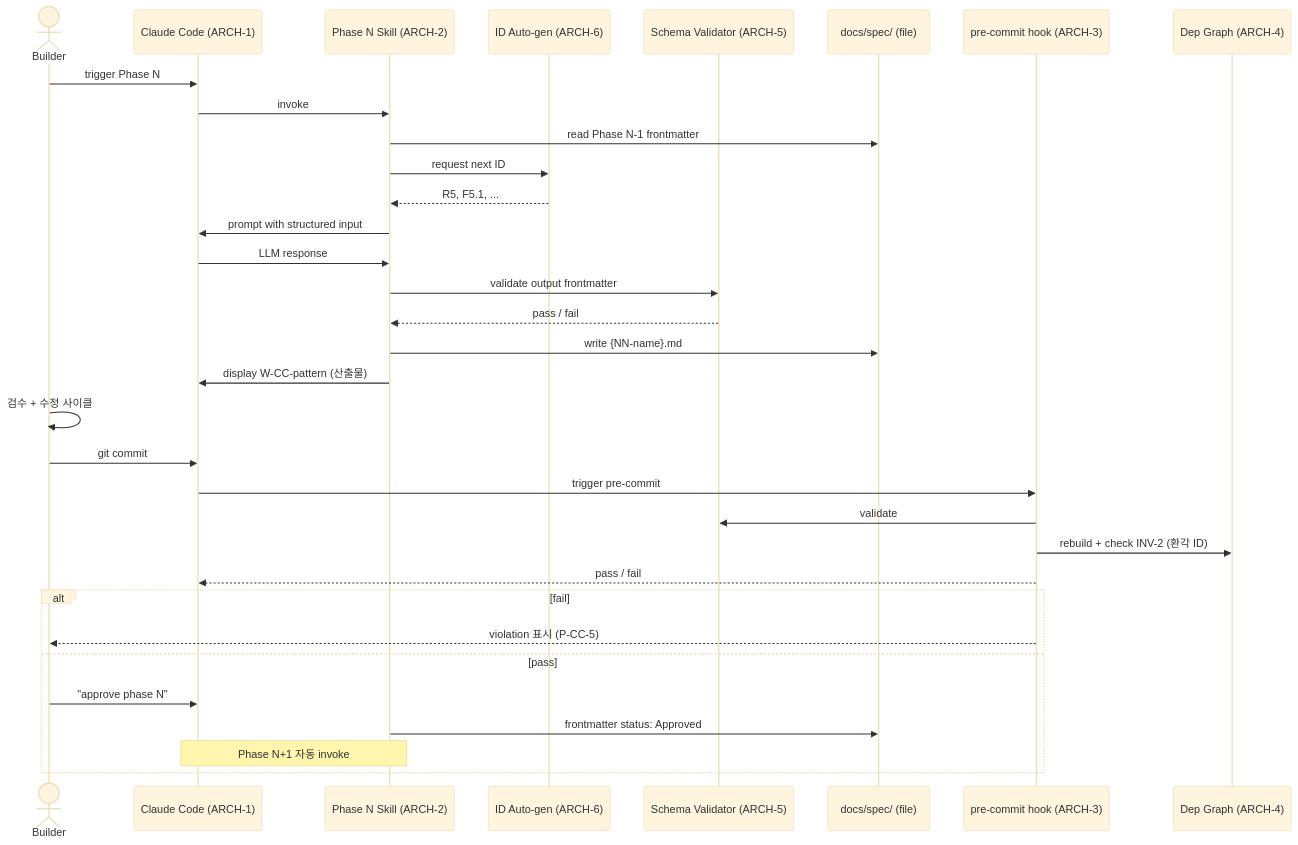
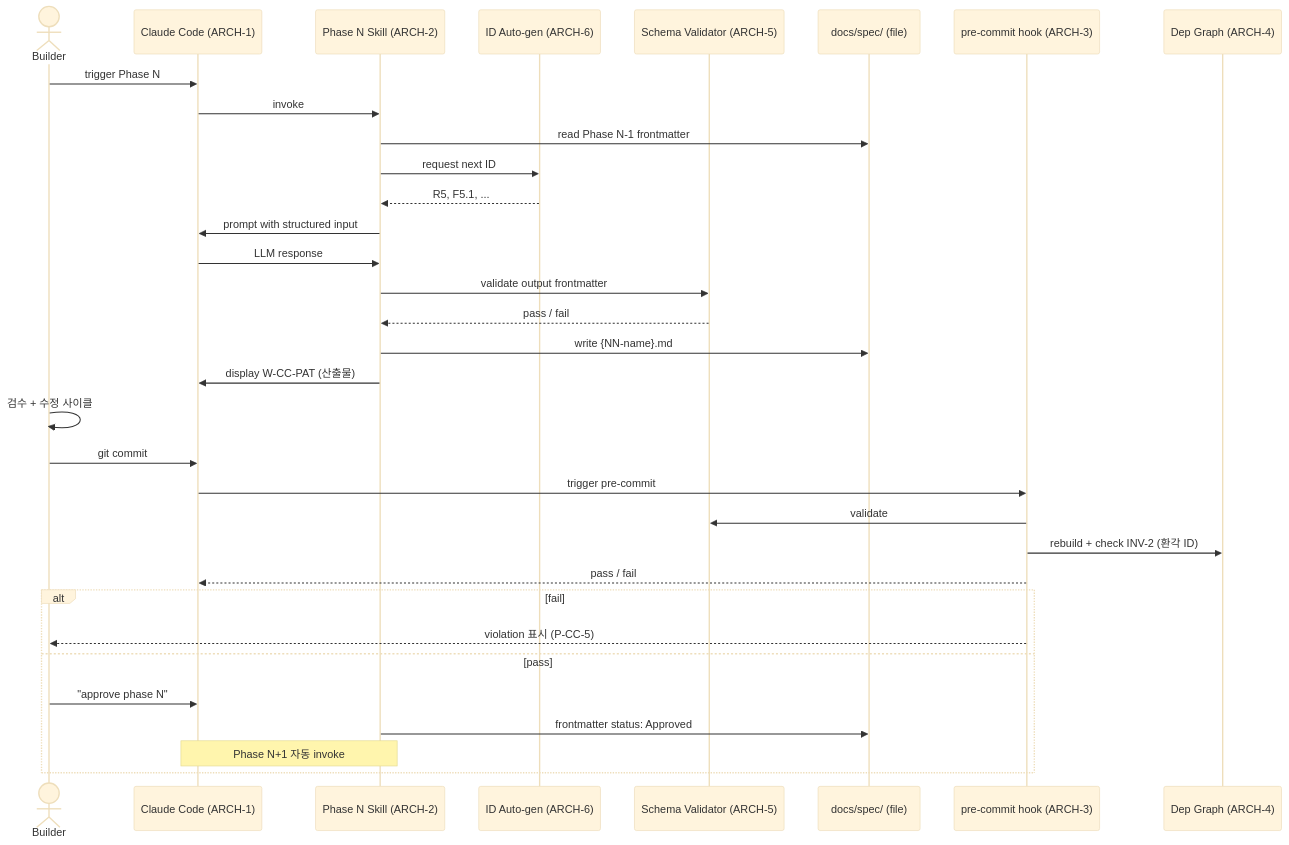
Before and after one commit to sungminoh/specrail: the third of 4 diagrams in docs/spec/08-system-architecture.md, drawn with Mermaid (base theme). The commit also changed 4 other files, not shown here.

````diff
--- a/docs/spec/08-system-architecture.md
+++ b/docs/spec/08-system-architecture.md
@@ -281,36 +281,36 @@
 ```mermaid
 sequenceDiagram
     actor Builder
     participant CC as Claude Code (ARCH-1)
     participant Sk as Phase N Skill (ARCH-2)
     participant IDGen as ID Auto-gen (ARCH-6)
     participant Schema as Schema Validator (ARCH-5)
     participant Spec as docs/spec/ (file)
     participant Hook as pre-commit hook (ARCH-3)
     participant Graph as Dep Graph (ARCH-4)
 
     Builder->>CC: trigger Phase N
     CC->>Sk: invoke
     Sk->>Spec: read Phase N-1 frontmatter
     Sk->>IDGen: request next ID
     IDGen-->>Sk: R5, F5.1, ...
     Sk->>CC: prompt with structured input
     CC->>Sk: LLM response
     Sk->>Schema: validate output frontmatter
     Schema-->>Sk: pass / fail
     Sk->>Spec: write {NN-name}.md
-    Sk->>CC: display W-CC-pattern (산출물)
+    Sk->>CC: display W-CC-PAT (산출물)
     Builder->>Builder: 검수 + 수정 사이클
     Builder->>CC: git commit
     CC->>Hook: trigger pre-commit
     Hook->>Schema: validate
     Hook->>Graph: rebuild + check INV-2 (환각 ID)
     Hook-->>CC: pass / fail
     alt fail
         Hook-->>Builder: violation 표시 (P-CC-5)
     else pass
         Builder->>CC: "approve phase N"
         Sk->>Spec: frontmatter status: Approved
         Note over Sk,CC: Phase N+1 자동 invoke
     end
 ```
````
